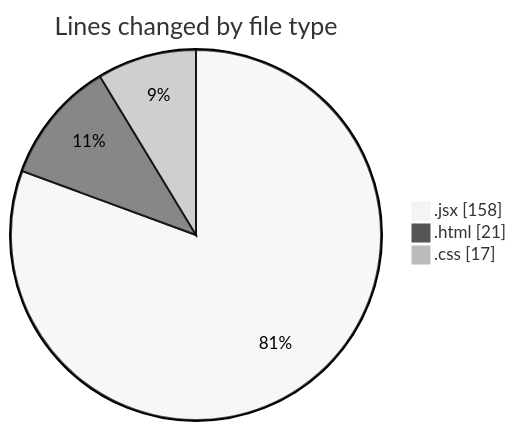
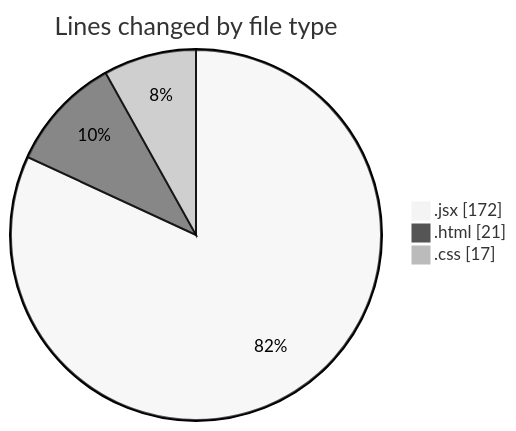
One commit to Elitesun/code-tracking changed the first of 2 diagrams in 2025-02-13/elitegpt/README.md. Above: the diagram before and after it, drawn with Mermaid (neutral theme). The commit also changed other lines of this file and 1 other file, not shown here.

````diff
--- a/2025-02-13/elitegpt/README.md
+++ b/2025-02-13/elitegpt/README.md
@@ -26,7 +26,7 @@
 ```mermaid
 pie showData
 title Lines changed by file type
-".jsx" : 158
+".jsx" : 172
 ".html" : 21
 ".css" : 17
 ```
````
